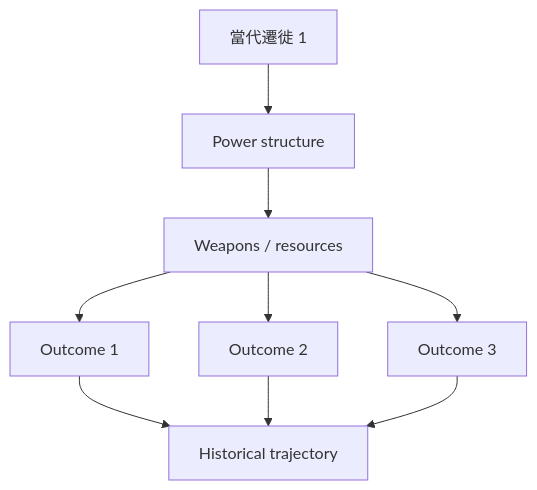
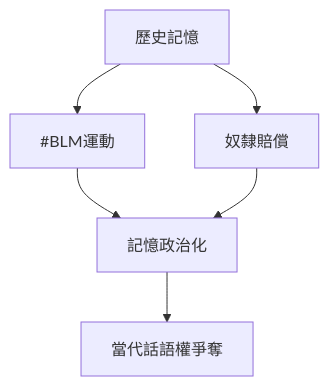
Before and after one commit to yip-lgtm/HKU-Harvard-History-Self-Study: the fifth of 10 diagrams in 02_Harvard_Courses/Fall_Courses/Hist62_African_Diaspora.md, drawn with Mermaid. The commit also changed other lines of this file and 15 other files, not shown here.

````diff
--- a/02_Harvard_Courses/Fall_Courses/Hist62_African_Diaspora.md
+++ b/02_Harvard_Courses/Fall_Courses/Hist62_African_Diaspora.md
@@ -263,11 +185,8 @@
 ```mermaid
 graph TD
-    A[當代遷徙 1] --> B[Power structure]
-    B --> C[Weapons / resources]
-    C --> D[Outcome 1]
-    C --> E[Outcome 2]
-    C --> F[Outcome 3]
-    D --> G[Historical trajectory]
-    E --> G
-    F --> G
+    A[歷史記憶] --> B[#BLM運動]
+    A --> C[奴隸賠償]
+    B --> D[記憶政治化]
+    C --> D
+    D --> E[當代話語權爭奪]
 ```
````
